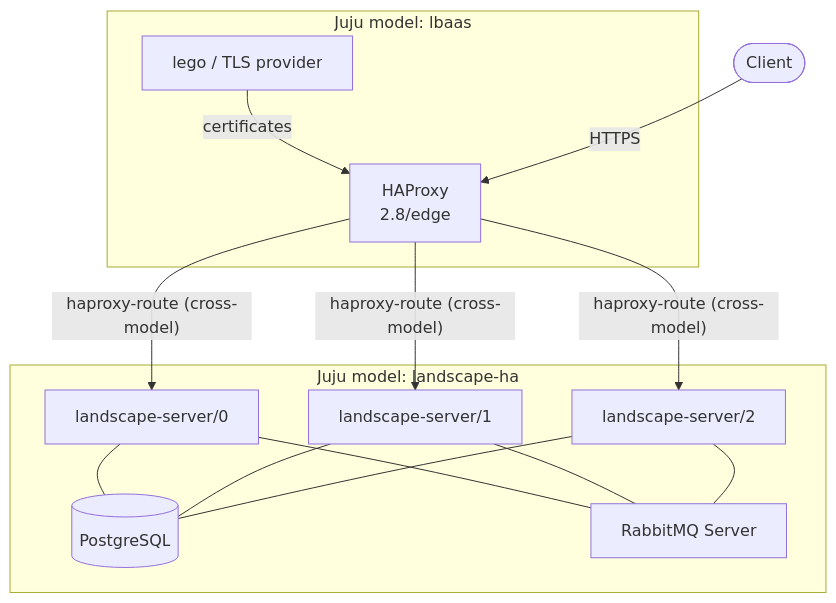
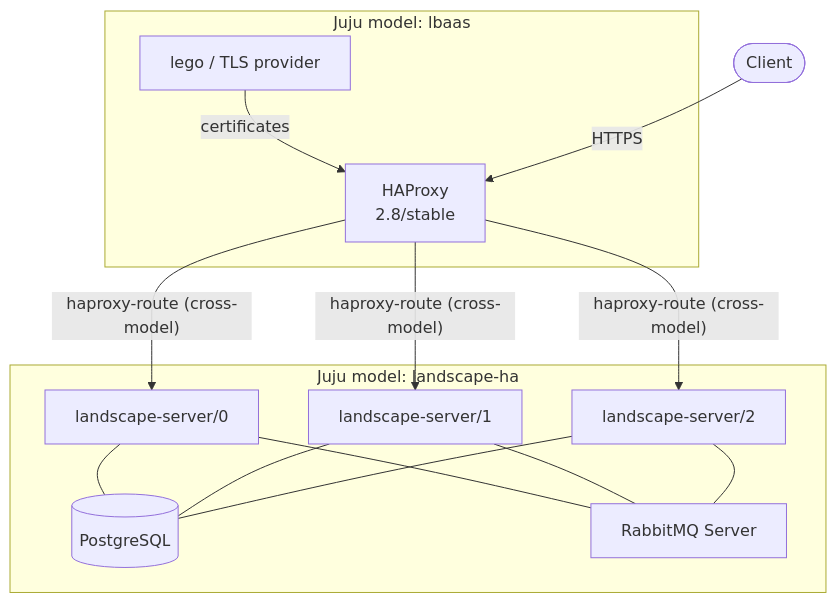
The diagram in docs/how-to-guides/landscape-installation-and-set-up/juju-ha-installation.md (rajannpatel/landscape-documentation), drawn with Mermaid before and after one commit. The commit also changed other lines of this file and 11 other files, not shown here.

````diff
--- a/docs/how-to-guides/landscape-installation-and-set-up/juju-ha-installation.md
+++ b/docs/how-to-guides/landscape-installation-and-set-up/juju-ha-installation.md
@@ -319,22 +320,22 @@
 ```{mermaid}
 flowchart TD
     Client([Client])
     subgraph lbaas[Juju model: lbaas]
-        HAProxy["HAProxy<br/>2.8/edge"]
+        HAProxy["HAProxy<br/>2.8/stable"]
         TLS[lego / TLS provider]
     end
     subgraph landscape-ha[Juju model: landscape-ha]
         LS0[landscape-server/0]
         LS1[landscape-server/1]
         LS2[landscape-server/2]
         PG[(PostgreSQL)]
         RMQ[RabbitMQ Server]
     end
     TLS -- certificates --> HAProxy
     Client -- HTTPS --> HAProxy
     HAProxy -- "haproxy-route (cross-model)" --> LS0
     HAProxy -- "haproxy-route (cross-model)" --> LS1
     HAProxy -- "haproxy-route (cross-model)" --> LS2
     LS0 & LS1 & LS2 --- PG
     LS0 & LS1 & LS2 --- RMQ
 ```
````
